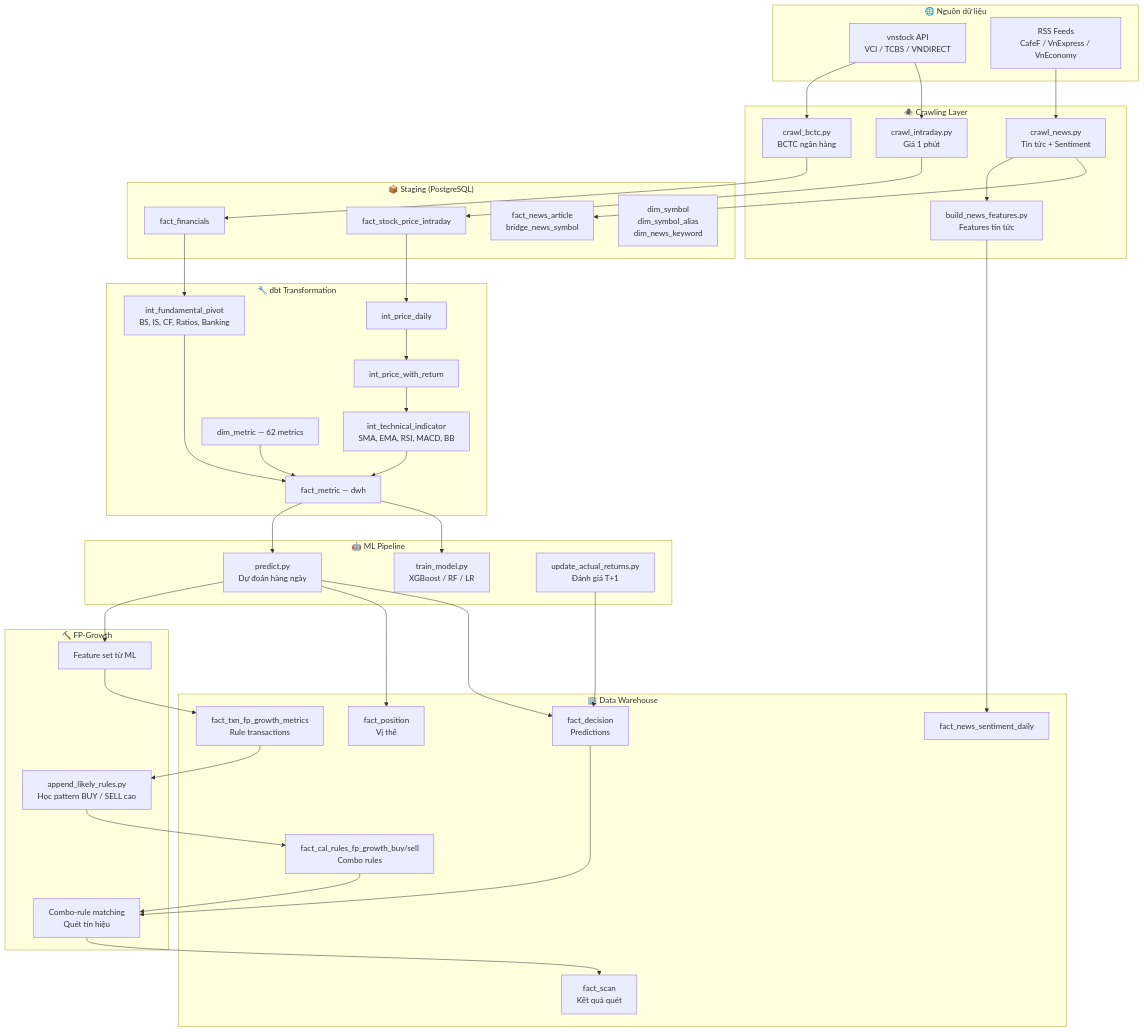
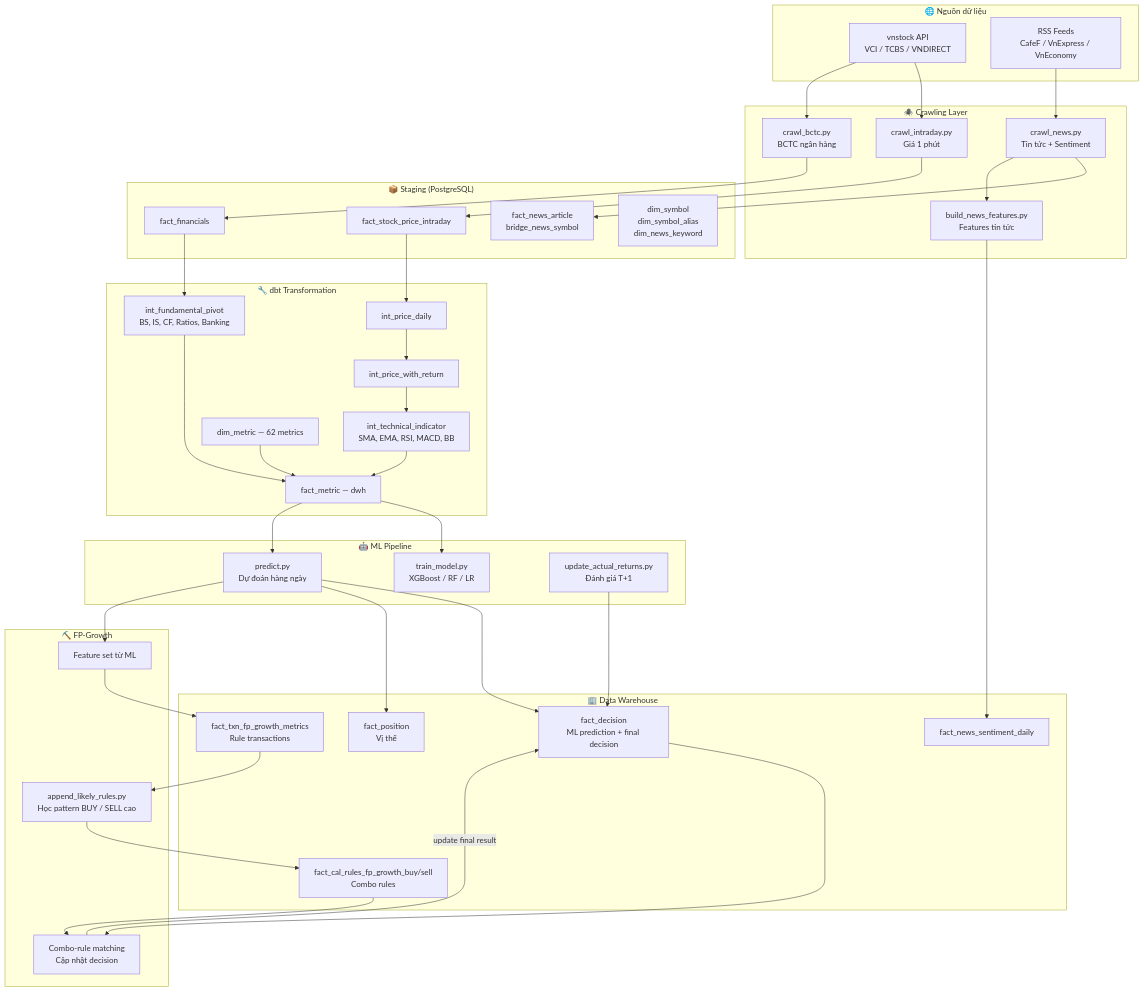
One commit to Hoai-Viet/Stock_Prediction changed the first of 5 diagrams in PROJECT_DOCUMENTATION.md. Above: the diagram before and after it, drawn with Mermaid. The commit also changed other lines of this file and 2 other files, not shown here.

Commit message:
docs: write combo matching results to fact decision

````diff
--- a/PROJECT_DOCUMENTATION.md
+++ b/PROJECT_DOCUMENTATION.md
@@ -20,75 +20,74 @@
 ```mermaid
 flowchart TD
     subgraph DATA_SOURCES["🌐 Nguồn dữ liệu"]
         A1[vnstock API<br/>VCI / TCBS / VNDIRECT]
         A2[RSS Feeds<br/>CafeF / VnExpress / VnEconomy]
     end
 
     subgraph CRAWLING["🕷️ Crawling Layer"]
         B1[crawl_intraday.py<br/>Giá 1 phút]
         B2[crawl_bctc.py<br/>BCTC ngân hàng]
         B3[crawl_news.py<br/>Tin tức + Sentiment]
         B4[build_news_features.py<br/>Features tin tức]
     end
 
     subgraph STAGING["📦 Staging (PostgreSQL)"]
         C1[fact_stock_price_intraday]
         C2[fact_financials]
         C3[fact_news_article<br/>bridge_news_symbol]
         C4[dim_symbol<br/>dim_symbol_alias<br/>dim_news_keyword]
     end
 
     subgraph DBT["🔧 dbt Transformation"]
         D1[int_price_daily]
         D2[int_price_with_return]
         D3[int_technical_indicator<br/>SMA, EMA, RSI, MACD, BB]
         D4[int_fundamental_pivot<br/>BS, IS, CF, Ratios, Banking]
         D5[dim_metric — 62 metrics]
         D6[fact_metric — dwh]
     end
 
     subgraph ML["🤖 ML Pipeline"]
         E1[train_model.py<br/>XGBoost / RF / LR]
         E2[predict.py<br/>Dự đoán hàng ngày]
         E3[update_actual_returns.py<br/>Đánh giá T+1]
     end
 
     subgraph FP_GROWTH["⛏️ FP-Growth"]
         F0[Feature set từ ML]
         F1[append_likely_rules.py<br/>Học pattern BUY / SELL cao]
-        F2[Combo-rule matching<br/>Quét tín hiệu]
+        F2[Combo-rule matching<br/>Cập nhật decision]
     end
 
     subgraph DWH["🏢 Data Warehouse"]
-        G1[fact_decision<br/>Predictions]
+        G1[fact_decision<br/>ML prediction + final decision]
         G2[fact_position<br/>Vị thế]
         G3[fact_cal_rules_fp_growth_buy/sell<br/>Combo rules]
-        G4[fact_scan<br/>Kết quả quét]
         G5[fact_news_sentiment_daily]
         G6[fact_txn_fp_growth_metrics<br/>Rule transactions]
     end
 
     A1 --> B1 & B2
     A2 --> B3
     B1 --> C1
     B2 --> C2
     B3 --> C3
     B3 --> B4
     B4 --> G5
 
     C1 --> D1 --> D2 --> D3
     C2 --> D4
     D3 & D4 --> D6
     D5 --> D6
 
     D6 --> E1 & E2
     E2 --> G1 & G2
     E3 --> G1
     E2 --> F0
     F0 --> G6
     G6 --> F1
     F1 --> G3
     G3 --> F2
-    F2 --> G4
     G1 --> F2
+    F2 -->|update final result| G1
 ```
````
